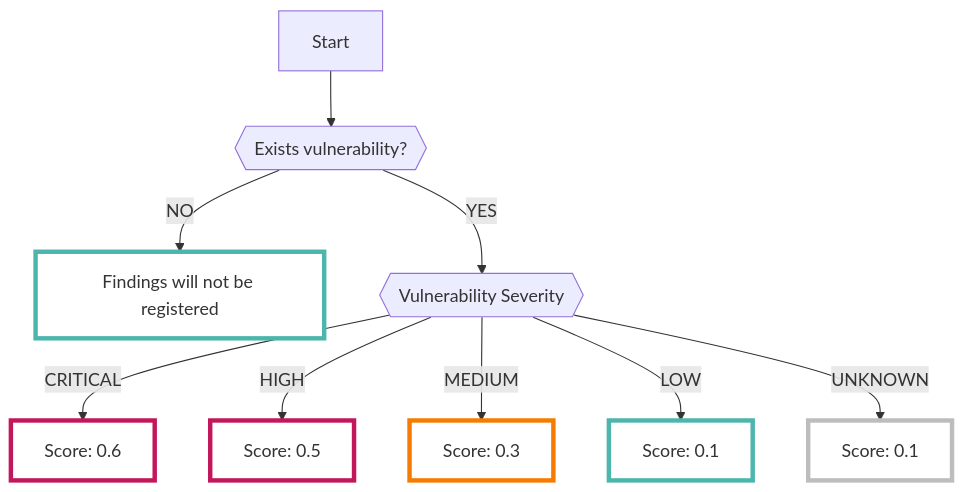
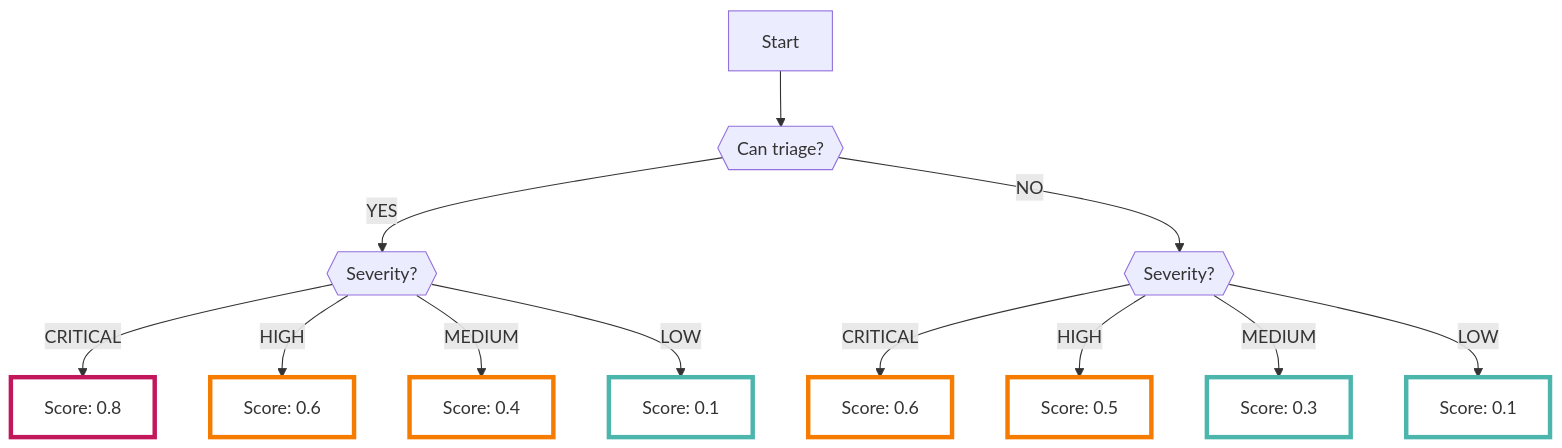
The diagram in docs/code/dependency_concept.en.md (ca-risken/doc), drawn with Mermaid before and after one commit. The commit also changed other lines of this file and 1 other file, not shown here.

Commit message:
fix: scoring system

````diff
--- a/docs/code/dependency_concept.en.md
+++ b/docs/code/dependency_concept.en.md
@@ -29,15 +29,23 @@
 ```mermaid
 graph TD
-    A[Start] --> B{{Exists vulnerability?}};
-    B -->|NO| C[Findings will not be registered]:::low;
-    B -->|YES| D{{Vulnerability Severity}};
-    D -->|CRITICAL| E[Score: 0.6]:::high;
-    D -->|HIGH| F[Score: 0.5]:::high;
-    D -->|MEDIUM| G[Score: 0.3]:::mid;
+    A[Start] --> B{{Can triage?}};
+
+    %% Triageable %%
+    B -->|YES| D{{Severity?}};
+    D -->|CRITICAL| E[Score: 0.8]:::high;
+    D -->|HIGH| F[Score: 0.6]:::mid;
+    D -->|MEDIUM| G[Score: 0.4]:::mid;
     D -->|LOW| H[Score: 0.1]:::low;
-    D -->|UNKNOWN| J[Score: 0.1]:::unknown;
+
+    %% Default %%
+    B -->|NO| J{{Severity?}};
+    J -->|CRITICAL| K[Score: 0.6]:::mid;
+    J -->|HIGH| L[Score: 0.5]:::mid;
+    J -->|MEDIUM| M[Score: 0.3]:::low;
+    J -->|LOW| N[Score: 0.1]:::low;
+
     classDef high fill:#FFFFFF,stroke:#C2185B,stroke-width:4px;
     classDef mid fill:#FFFFFF,stroke:#F57C00,stroke-width:4px;
     classDef low fill:#FFFFFF,stroke:#4DB6AC,stroke-width:4px;
     classDef unknown fill:#FFFFFF,stroke:#BDBDBD,stroke-width:4px;
 ```
````
